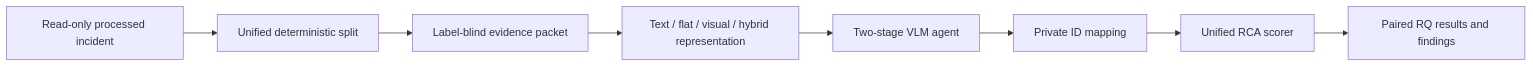
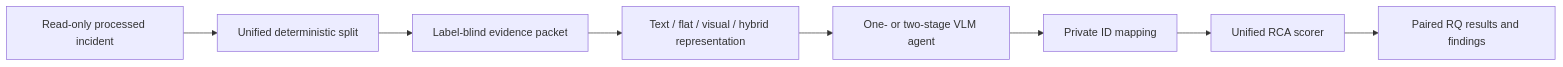
The diagram in README.md (lglsj666/CanvasRCA), drawn with Mermaid before and after one commit. The commit also changed other lines of this file and 60 other files, not shown here.

````diff
--- a/README.md
+++ b/README.md
@@ -20,10 +25,10 @@
 ```mermaid
 flowchart LR
     D[Read-only processed incident] --> S[Unified deterministic split]
     S --> E[Label-blind evidence packet]
     E --> T[Text / flat / visual / hybrid representation]
-    T --> V[Two-stage VLM agent]
+    T --> V[One- or two-stage VLM agent]
     V --> P[Private ID mapping]
     P --> C[Unified RCA scorer]
     C --> R[Paired RQ results and findings]
 ```
````
